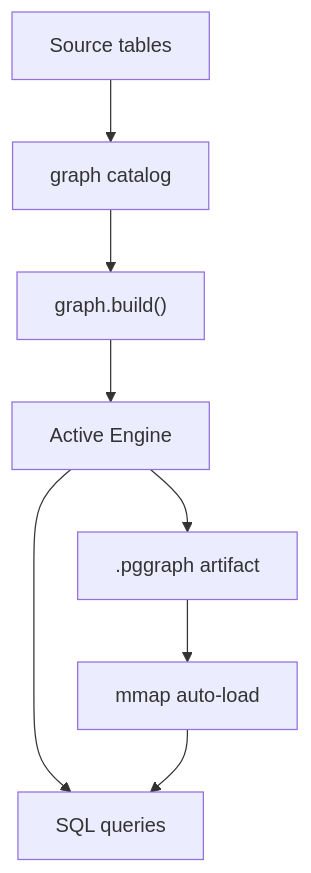
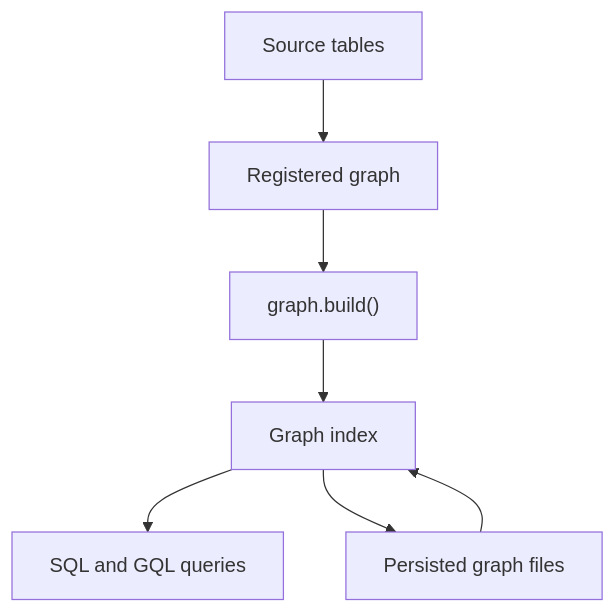
One commit to Evokoa/pgGraph changed the diagram in docs/user_guide/index.mdx. Above: the diagram before and after it, drawn with Mermaid. The commit also changed other lines of this file and 8 other files, not shown here.

````diff
--- a/docs/user_guide/index.mdx
+++ b/docs/user_guide/index.mdx
@@ -124,10 +123,9 @@
 ```mermaid
 flowchart TD
-  A["Source tables"] --> B["graph catalog"]
+  A["Source tables"] --> B["Registered graph"]
   B --> C["graph.build()"]
-  C --> D["Active Engine"]
-  D --> E["SQL queries"]
-  D --> F[".pggraph artifact"]
-  F --> G["mmap auto-load"]
-  G --> E
+  C --> D["Graph index"]
+  D --> E["SQL and GQL queries"]
+  D --> F["Persisted graph files"]
+  F --> D
 ```
````
